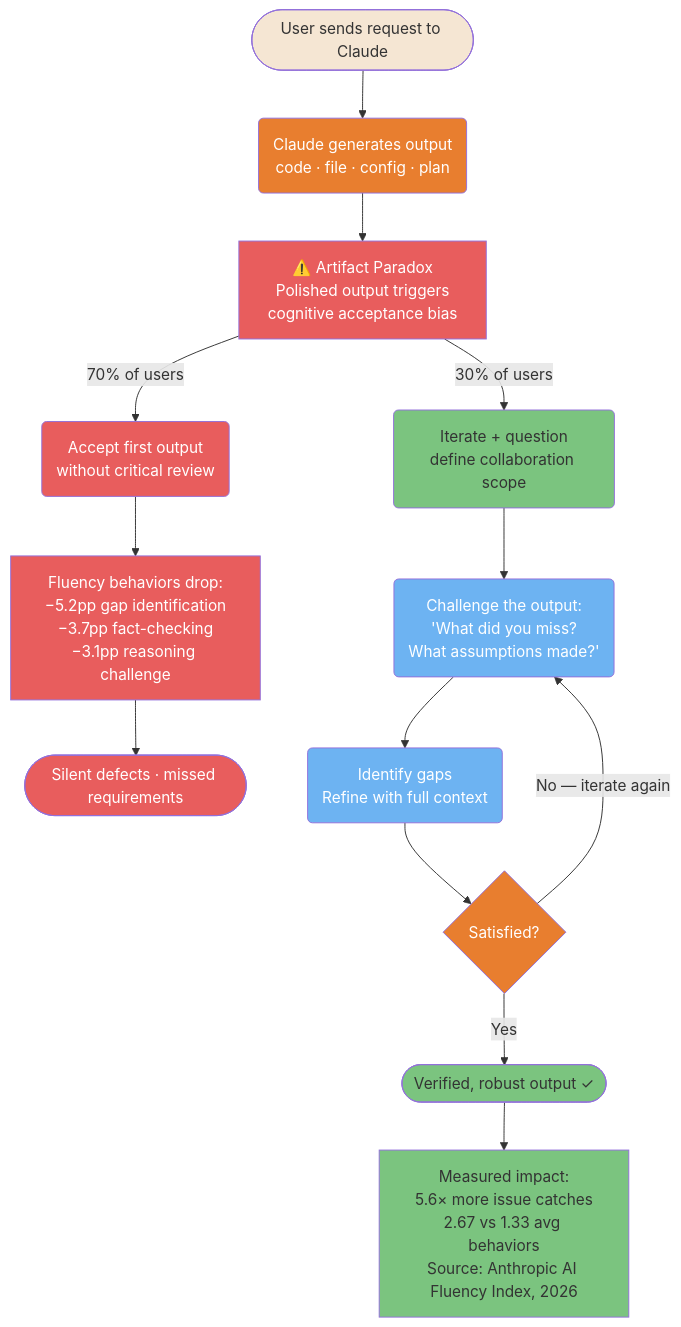
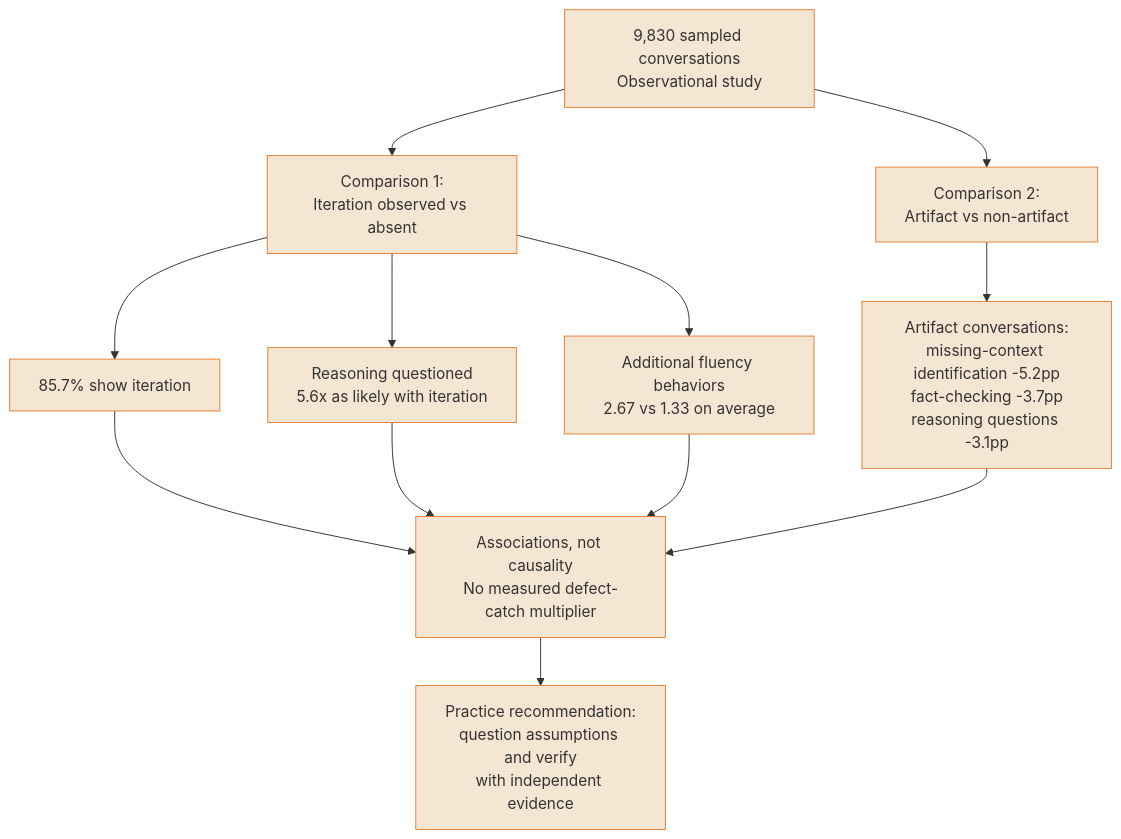
Before and after one commit to FlorianBruniaux/claude-code-ultimate-guide: the fifth of 5 diagrams in guide/diagrams/06-development-workflows.md, drawn with Mermaid. The commit also changed other lines of this file and 17 other files, not shown here.

Commit message:
docs: refresh all diagrams and correct their source guidance

````diff
--- a/guide/diagrams/06-development-workflows.md
+++ b/guide/diagrams/06-development-workflows.md
@@ -355,45 +261,24 @@
 ```mermaid
 flowchart TD
-    A([User sends request to Claude]) --> B(Claude generates output<br/>code · file · config · plan)
-    B --> C["⚠️ Artifact Paradox<br/>Polished output triggers<br/>cognitive acceptance bias"]
-
-    C -->|"70% of users"| D(Accept first output<br/>without critical review)
-    C -->|"30% of users"| E(Iterate + question<br/>define collaboration scope)
-
-    D --> D1["Fluency behaviors drop:<br/>−5.2pp gap identification<br/>−3.7pp fact-checking<br/>−3.1pp reasoning challenge"]
-    D1 --> D2([Silent defects · missed requirements])
-
-    E --> E1("Challenge the output:<br/>'What did you miss?<br/>What assumptions made?'")
-    E1 --> E2(Identify gaps<br/>Refine with full context)
-    E2 --> E3{Satisfied?}
-    E3 -->|No — iterate again| E1
-    E3 -->|Yes| E4([Verified, robust output ✓])
-
-    E4 --> G["Measured impact:<br/>5.6× more issue catches<br/>2.67 vs 1.33 avg behaviors<br/>Source: Anthropic AI Fluency Index, 2026"]
-
-    style A fill:#F5E6D3,color:#333
-    style B fill:#E87E2F,color:#fff
-    style C fill:#E85D5D,color:#fff
-    style D fill:#E85D5D,color:#fff
-    style D1 fill:#E85D5D,color:#fff
-    style D2 fill:#E85D5D,color:#fff
-    style E fill:#7BC47F,color:#333
-    style E1 fill:#6DB3F2,color:#fff
-    style E2 fill:#6DB3F2,color:#fff
-    style E3 fill:#E87E2F,color:#fff
-    style E4 fill:#7BC47F,color:#333
-    style G fill:#7BC47F,color:#333
-
-    click A href "https://www.anthropic.com/research/AI-fluency-index" "AI Fluency Index — Anthropic 2026"
-    click B href "https://github.com/FlorianBruniaux/claude-code-ultimate-guide/blob/main/guide/ultimate-guide.md#common-pitfalls--best-practices" "Claude generates output"
-    click C href "https://www.anthropic.com/research/AI-fluency-index" "Artifact Paradox — Anthropic AI Fluency Index"
-    click D href "https://github.com/FlorianBruniaux/claude-code-ultimate-guide/blob/main/guide/ultimate-guide.md#common-pitfalls--best-practices" "Accept without review"
-    click D1 href "https://www.anthropic.com/research/AI-fluency-index" "Fluency behaviors drop"
-    click D2 href "https://github.com/FlorianBruniaux/claude-code-ultimate-guide/blob/main/guide/ultimate-guide.md#common-pitfalls--best-practices" "Silent defects"
-    click E href "https://github.com/FlorianBruniaux/claude-code-ultimate-guide/blob/main/guide/ultimate-guide.md#23-plan-mode" "Iterate and question"
-    click E1 href "https://github.com/FlorianBruniaux/claude-code-ultimate-guide/blob/main/guide/ultimate-guide.md#rev-the-engine" "Challenge the output"
-    click E2 href "https://github.com/FlorianBruniaux/claude-code-ultimate-guide/blob/main/guide/workflows/iterative-refinement.md" "Identify gaps and refine"
-    click E3 href "https://github.com/FlorianBruniaux/claude-code-ultimate-guide/blob/main/guide/workflows/iterative-refinement.md" "Satisfied?"
-    click E4 href "https://github.com/FlorianBruniaux/claude-code-ultimate-guide/blob/main/guide/workflows/iterative-refinement.md" "Verified output"
-    click G href "https://www.anthropic.com/research/AI-fluency-index" "Measured impact — AI Fluency Index"
+    SAMPLE["9,830 sampled conversations<br/>Observational study"] --> ITER["Comparison 1:<br/>Iteration observed vs absent"]
+    SAMPLE --> ART["Comparison 2:<br/>Artifact vs non-artifact"]
+    ITER --> PREV["85.7% show iteration"]
+    ITER --> REASON["Reasoning questioned<br/>5.6x as likely with iteration"]
+    ITER --> BEHAVIOR["Additional fluency behaviors<br/>2.67 vs 1.33 on average"]
+    ART --> DISCERN["Artifact conversations:<br/>missing-context identification -5.2pp<br/>fact-checking -3.7pp<br/>reasoning questions -3.1pp"]
+    PREV --> LIMIT["Associations, not causality<br/>No measured defect-catch multiplier"]
+    REASON --> LIMIT
+    BEHAVIOR --> LIMIT
+    DISCERN --> LIMIT
+    LIMIT --> PRACTICE["Practice recommendation:<br/>question assumptions and verify<br/>with independent evidence"]
+    classDef default fill:#F5E6D3,color:#333,stroke:#E87E2F
+    click SAMPLE href "https://github.com/FlorianBruniaux/claude-code-ultimate-guide/blob/main/guide/ultimate-guide.md#911-common-pitfalls--best-practices" "View this pattern in the guide"
+    click ITER href "https://github.com/FlorianBruniaux/claude-code-ultimate-guide/blob/main/guide/ultimate-guide.md#911-common-pitfalls--best-practices" "View this pattern in the guide"
+    click ART href "https://github.com/FlorianBruniaux/claude-code-ultimate-guide/blob/main/guide/ultimate-guide.md#911-common-pitfalls--best-practices" "View this pattern in the guide"
+    click PREV href "https://github.com/FlorianBruniaux/claude-code-ultimate-guide/blob/main/guide/ultimate-guide.md#911-common-pitfalls--best-practices" "View this pattern in the guide"
+    click REASON href "https://github.com/FlorianBruniaux/claude-code-ultimate-guide/blob/main/guide/ultimate-guide.md#911-common-pitfalls--best-practices" "View this pattern in the guide"
+    click BEHAVIOR href "https://github.com/FlorianBruniaux/claude-code-ultimate-guide/blob/main/guide/ultimate-guide.md#911-common-pitfalls--best-practices" "View this pattern in the guide"
+    click DISCERN href "https://github.com/FlorianBruniaux/claude-code-ultimate-guide/blob/main/guide/ultimate-guide.md#911-common-pitfalls--best-practices" "View this pattern in the guide"
+    click LIMIT href "https://github.com/FlorianBruniaux/claude-code-ultimate-guide/blob/main/guide/ultimate-guide.md#911-common-pitfalls--best-practices" "View this pattern in the guide"
+    click PRACTICE href "https://github.com/FlorianBruniaux/claude-code-ultimate-guide/blob/main/guide/ultimate-guide.md#911-common-pitfalls--best-practices" "View this pattern in the guide"
 ```
````
